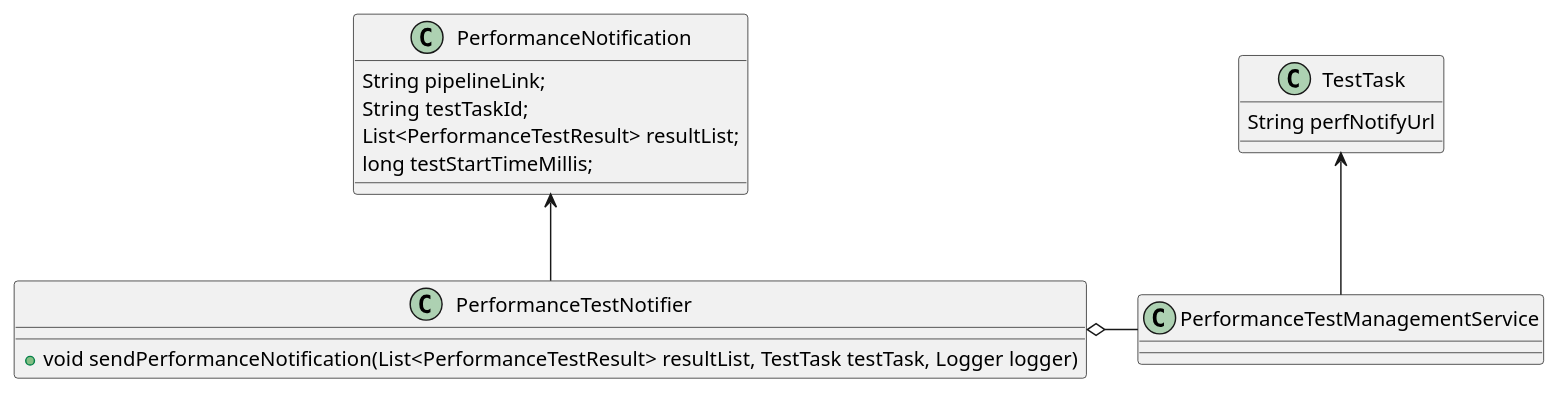
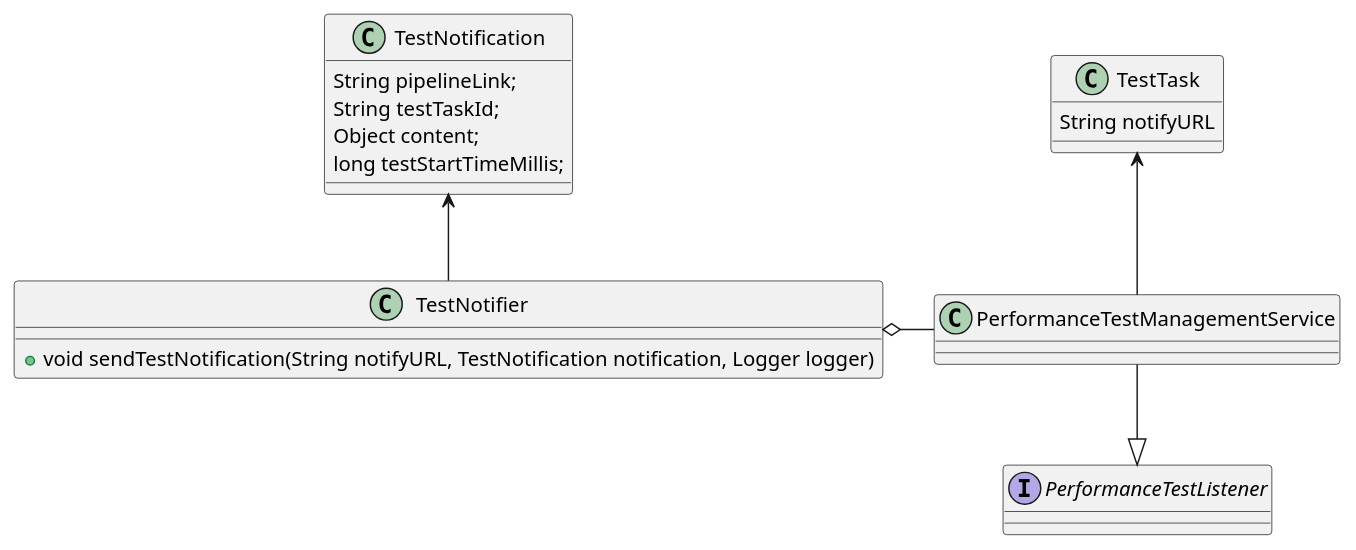
The sixth of 7 diagrams in agent/doc/UML/performance_test_design.puml (microsoft/HydraLab), drawn with PlantUML before and after one commit. The commit also changed other lines of this file and 4 other files, not shown here.

```diff
--- a/agent/doc/UML/performance_test_design.puml
+++ b/agent/doc/UML/performance_test_design.puml
@@ -167,20 +167,24 @@
 @startuml performance_test_notify_uml
 class TestTask {
-    String perfNotifyUrl
+    String notifyURL
 }
 
-class PerformanceNotification {
+class TestNotification {
     String pipelineLink;
     String testTaskId;
-    List<PerformanceTestResult> resultList;
+    Object content;
     long testStartTimeMillis;
 }
 
-class PerformanceTestNotifier {
-    + void sendPerformanceNotification(List<PerformanceTestResult> resultList, TestTask testTask, Logger logger)
+class TestNotifier {
+    + void sendTestNotification(String notifyURL, TestNotification notification, Logger logger)
+}
+
+interface PerformanceTestListener {
 }
 
 PerformanceTestManagementService -u-> TestTask
-PerformanceTestNotifier o- PerformanceTestManagementService
-PerformanceTestNotifier -u-> PerformanceNotification
+TestNotifier o- PerformanceTestManagementService
+TestNotifier -u-> TestNotification
+PerformanceTestManagementService -d-|> PerformanceTestListener
 @enduml
```
